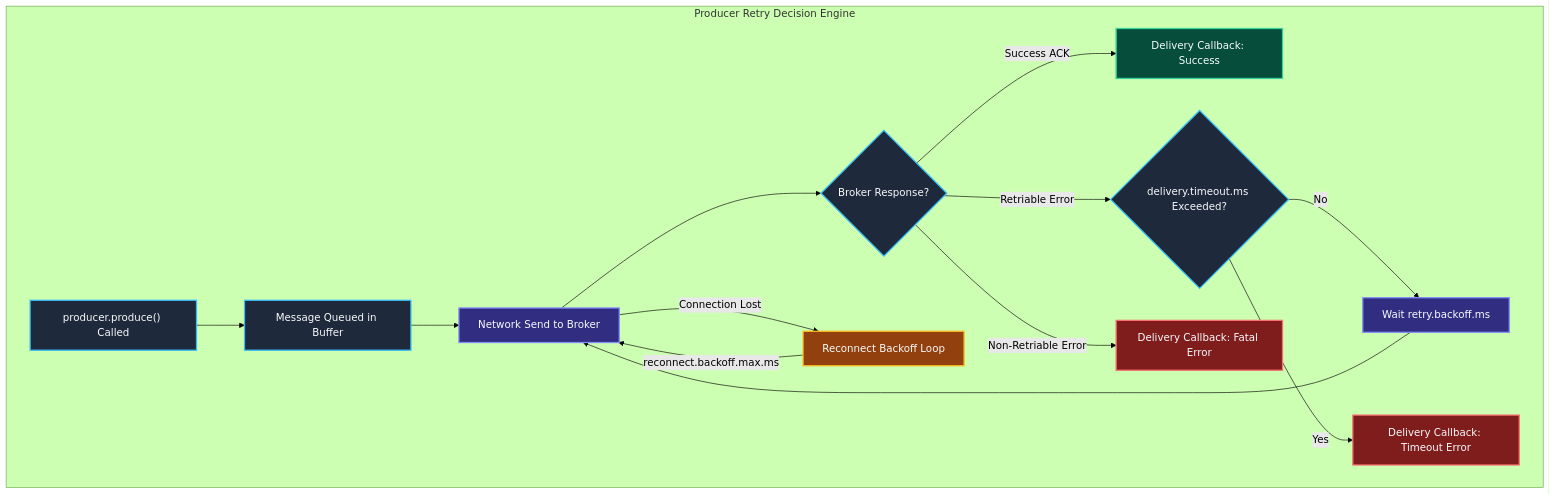
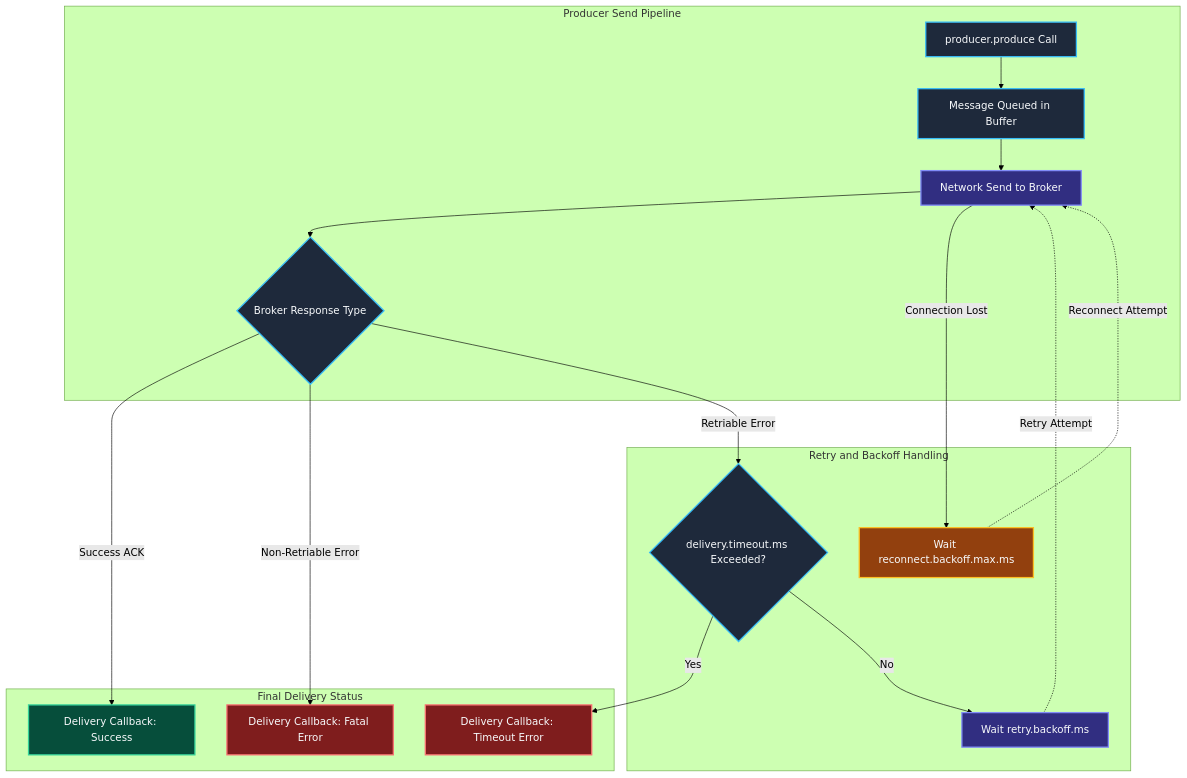
Before and after one commit to Chief-Strategist-J/llm-obs-infra: diagram 29 of 48 in docs/configDoc/kafka-configuration-guide.md, drawn with Mermaid (forest theme). The commit also changed other lines of this file, not shown here.

Commit message:
fix(docs): fix diagrams 13.3 and 14.2 layout and parsing errors

````diff
--- a/docs/configDoc/kafka-configuration-guide.md
+++ b/docs/configDoc/kafka-configuration-guide.md
@@ -2297,31 +2323,41 @@
 ```mermaid
 graph TD
-    subgraph RetryEngine ["Producer Retry Decision Engine"]
-        SendCall["producer.produce() Called"] --> LibQueue["Message Queued in Buffer"]
+    subgraph ClientFlow ["Producer Send Pipeline"]
+        SendCall["producer.produce Call"] --> LibQueue["Message Queued in Buffer"]
         LibQueue --> NetSend["Network Send to Broker"]
-        NetSend --> BrokerResponse{"Broker Response?"}
+        NetSend --> BrokerResponse{"Broker Response Type"}
+    end
 
-        BrokerResponse -->|Success ACK| DeliverOK["Delivery Callback: Success"]
+    subgraph ErrorHandling ["Retry and Backoff Handling"]
+        CheckTimeout{"delivery.timeout.ms Exceeded?"}
+        Backoff["Wait retry.backoff.ms"]
+        ReconnectWait["Wait reconnect.backoff.max.ms"]
+    end
 
-        BrokerResponse -->|Retriable Error| CheckTimeout{"delivery.timeout.ms Exceeded?"}
-        CheckTimeout -->|No| Backoff["Wait retry.backoff.ms"]
-        Backoff --> NetSend
-        CheckTimeout -->|Yes| DeliverFail["Delivery Callback: Timeout Error"]
+    subgraph TerminalStates ["Final Delivery Status"]
+        DeliverOK["Delivery Callback: Success"]
+        DeliverFail["Delivery Callback: Timeout Error"]
+        DeliverFatalErr["Delivery Callback: Fatal Error"]
+    end
 
-        BrokerResponse -->|Non-Retriable Error| DeliverFatalErr["Delivery Callback: Fatal Error"]
+    BrokerResponse -->|Success ACK| DeliverOK
+    BrokerResponse -->|Non-Retriable Error| DeliverFatalErr
+    BrokerResponse -->|Retriable Error| CheckTimeout
+    NetSend -->|Connection Lost| ReconnectWait
 
-        NetSend -->|Connection Lost| ReconnectLoop["Reconnect Backoff Loop"]
-        ReconnectLoop -->|reconnect.backoff.max.ms| NetSend
-    end
+    CheckTimeout -->|Yes| DeliverFail
+    CheckTimeout -->|No| Backoff
+    Backoff -.->|Retry Attempt| NetSend
+    ReconnectWait -.->|Reconnect Attempt| NetSend
 
     style SendCall fill:#1e293b,stroke:#38bdf8,stroke-width:2px,color:#f8fafc
     style LibQueue fill:#1e293b,stroke:#38bdf8,stroke-width:2px,color:#f8fafc
     style NetSend fill:#312e81,stroke:#818cf8,stroke-width:2px,color:#f8fafc
     style BrokerResponse fill:#1e293b,stroke:#38bdf8,stroke-width:2px,color:#f8fafc
     style DeliverOK fill:#064e3b,stroke:#34d399,stroke-width:2px,color:#f8fafc
     style CheckTimeout fill:#1e293b,stroke:#38bdf8,stroke-width:2px,color:#f8fafc
     style Backoff fill:#312e81,stroke:#818cf8,stroke-width:2px,color:#f8fafc
+    style ReconnectWait fill:#92400e,stroke:#fbbf24,stroke-width:2px,color:#f8fafc
     style DeliverFail fill:#7f1d1d,stroke:#f87171,stroke-width:2px,color:#f8fafc
     style DeliverFatalErr fill:#7f1d1d,stroke:#f87171,stroke-width:2px,color:#f8fafc
-    style ReconnectLoop fill:#92400e,stroke:#fbbf24,stroke-width:2px,color:#f8fafc
 ```
````
